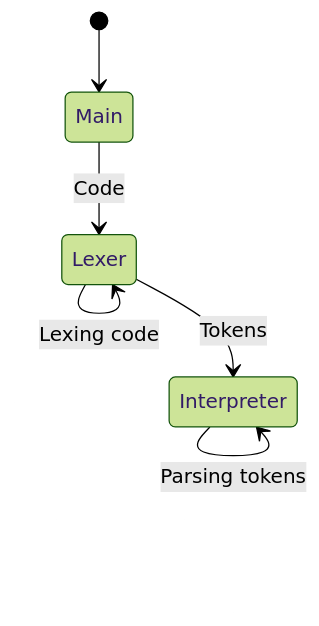
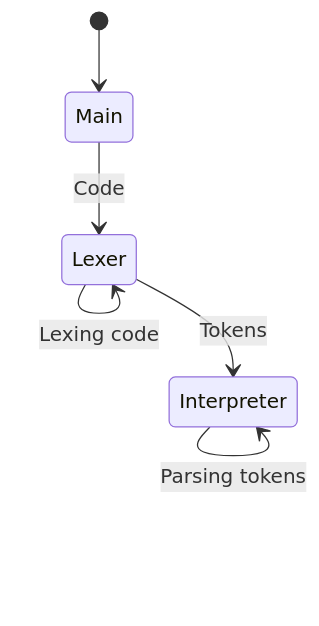
The diagram in README.md (Traumatism/maeel), drawn with Mermaid before and after one commit.

````diff
--- a/README.md
+++ b/README.md
@@ -3,11 +3,9 @@
 ```mermaid
-%%{init: {'theme':'forest'}}%%
-
 stateDiagram-v2
     [*] --> Main
     Main --> Lexer: Code
     Lexer --> Lexer: Lexing code
 
     Lexer --> Interpreter: Tokens
     Interpreter --> Interpreter: Parsing tokens
 ```
````
